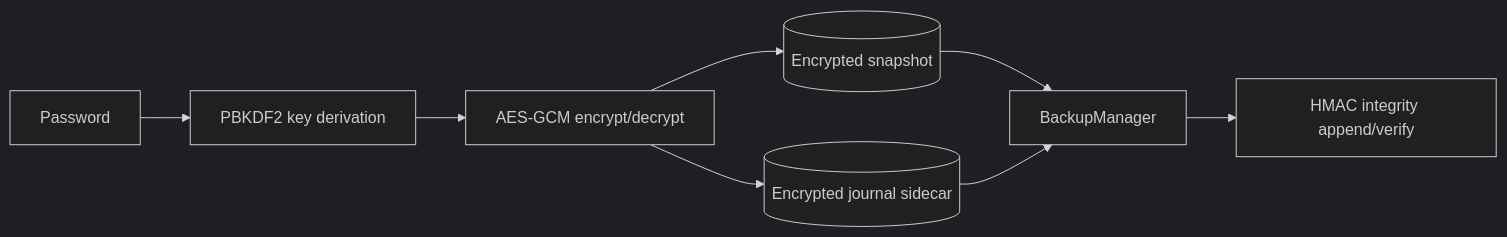
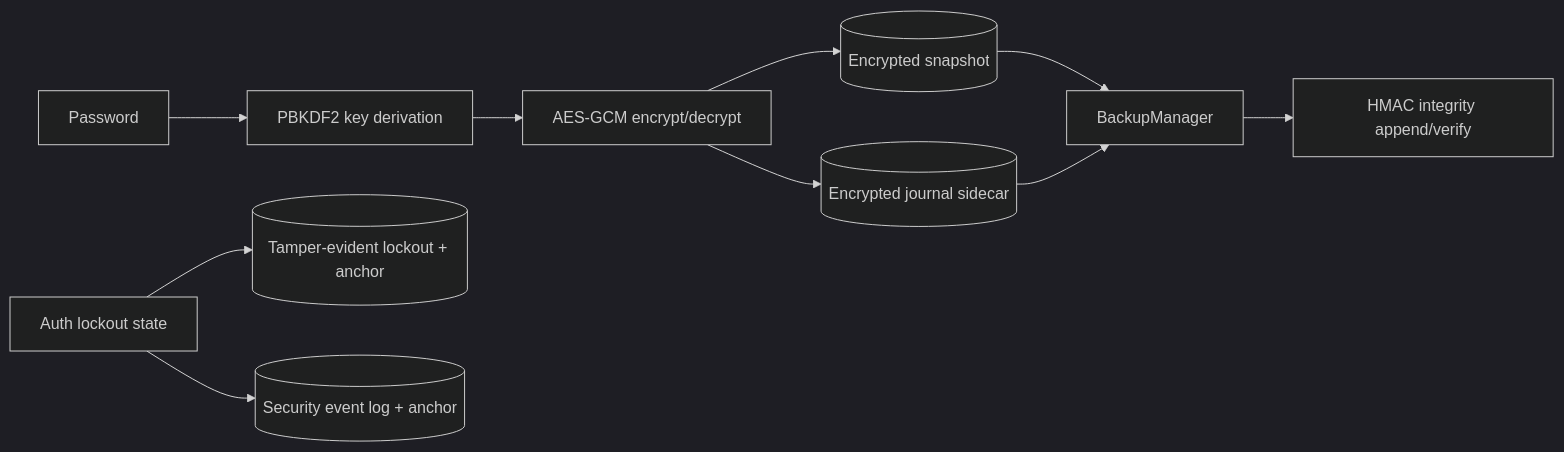
Before and after one commit to johandersson/.LOG-hog: the diagram in src/encryption.md, drawn with Mermaid (dark theme). The commit also changed other lines of this file and 10 other files, not shown here.

Commit message:
Harden path and lockout security; add tamper-evident security event logging; sync docs

````diff
--- a/src/encryption.md
+++ b/src/encryption.md
@@ -35,10 +37,12 @@
 ```mermaid
 flowchart LR
     P[Password] --> K[PBKDF2 key derivation]
     K --> E[AES-GCM encrypt/decrypt]
     E --> S[(Encrypted snapshot)]
     E --> J[(Encrypted journal sidecar)]
     S --> B[BackupManager]
     J --> B
     B --> H[HMAC integrity append/verify]
+    AUTH[Auth lockout state] --> L[(Tamper-evident lockout + anchor)]
+    AUTH --> EV[(Security event log + anchor)]
 ```
````
